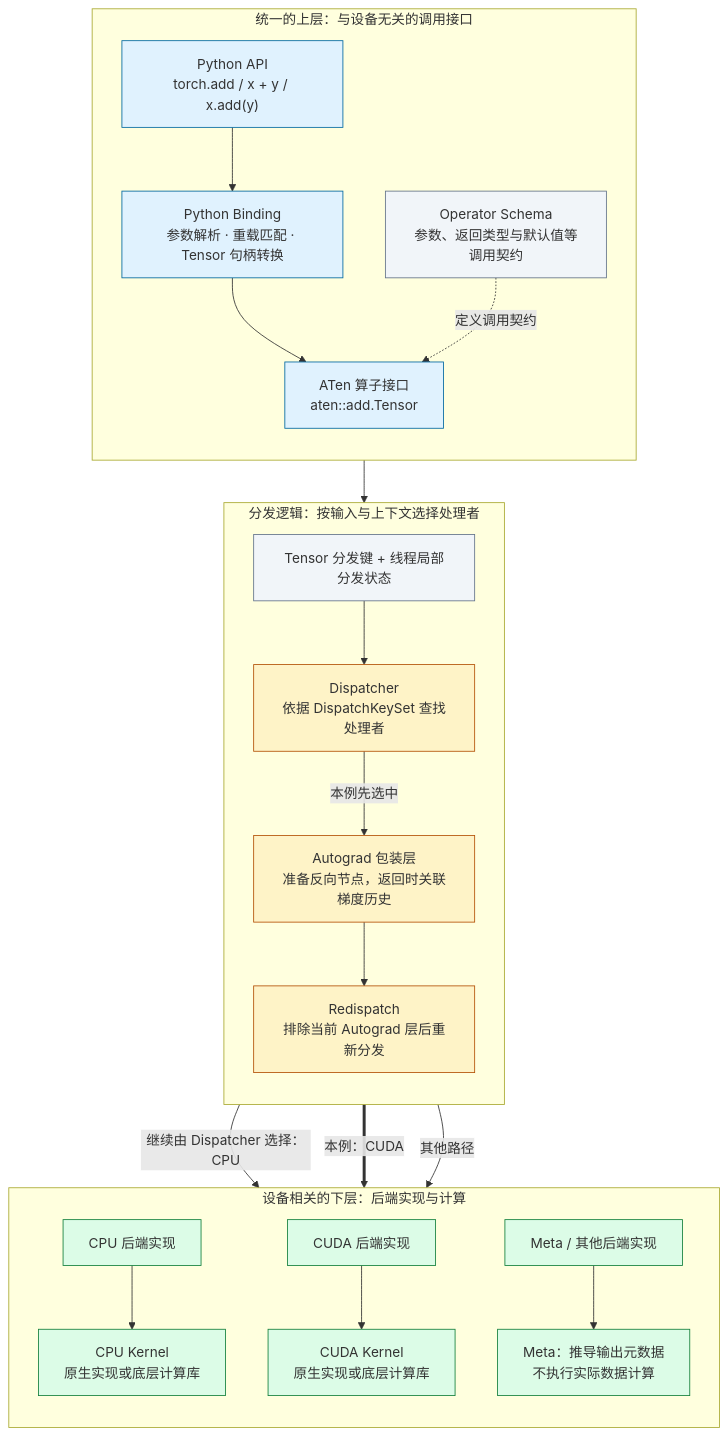
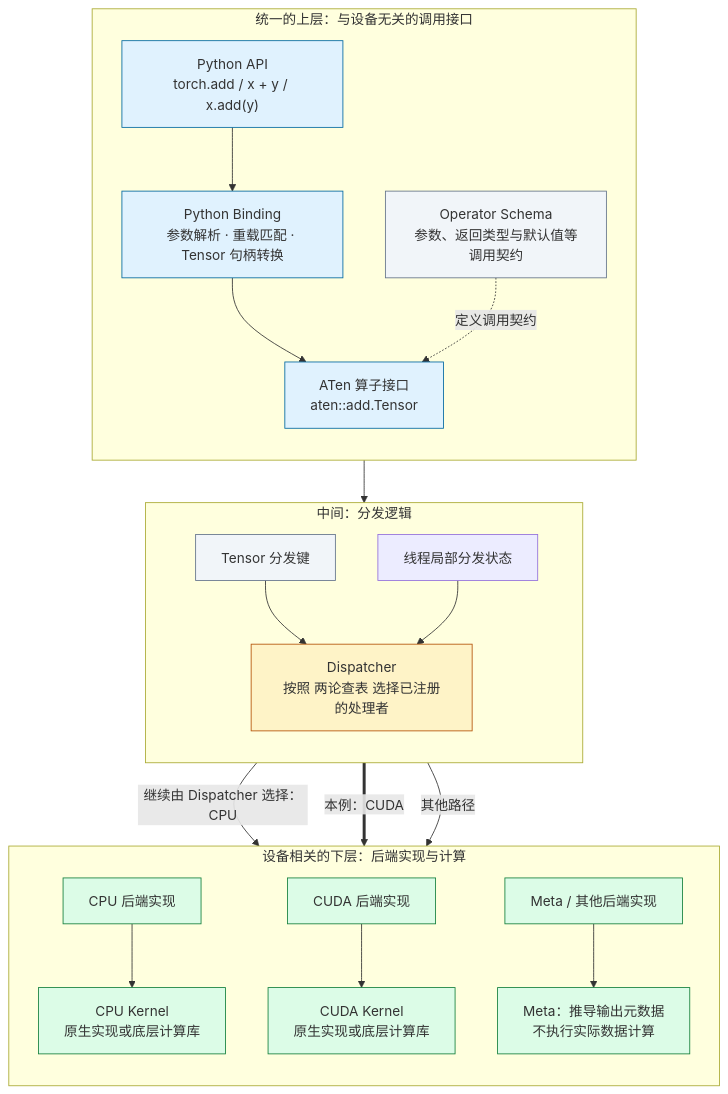
The second of 5 diagrams in _posts/2026-02-17-pytorch-overall-introduction.md (arganzheng/arganzheng.github.com), drawn with Mermaid before and after one commit. The commit also changed other lines of this file, not shown here.

First line of the commit message:
优化第二章地图的Mermaid图

````diff
--- a/_posts/2026-02-17-pytorch-overall-introduction.md
+++ b/_posts/2026-02-17-pytorch-overall-introduction.md
@@ -723,55 +723,53 @@
 ```mermaid
 flowchart TB
     subgraph UP["统一的上层：与设备无关的调用接口"]
         direction TB
         A["Python API<br/>torch.add / x + y / x.add(y)"]
         B["Python Binding<br/>参数解析 · 重载匹配 · Tensor 句柄转换"]
         C["ATen 算子接口<br/>aten::add.Tensor"]
         S["Operator Schema<br/>参数、返回类型与默认值等调用契约"]
 
         A --> B --> C
         S -.->|定义调用契约| C
     end
 
-    subgraph MID["分发逻辑：按输入与上下文选择处理者"]
+    subgraph MID["中间：分发逻辑"]
         direction TB
-        K["Tensor 分发键 + 线程局部分发状态"]
-        D["Dispatcher<br/>依据 DispatchKeySet 查找处理者"]
-        AG["Autograd 包装层<br/>准备反向节点，返回时关联梯度历史"]
-        R["Redispatch<br/>排除当前 Autograd 层后重新分发"]
+        K["Tensor 分发键"]
+        T["线程局部分发状态"]
+        D["Dispatcher<br/>按照 两论查表 选择已注册的处理者"]
 
         K --> D
-        D -->|本例先选中| AG
-        AG --> R
+        T --> D
     end
 
     subgraph LOW["设备相关的下层：后端实现与计算"]
         direction TB
         CPU["CPU 后端实现"]
         CUDA["CUDA 后端实现"]
         META["Meta / 其他后端实现"]
 
         CK["CPU Kernel<br/>原生实现或底层计算库"]
         GK["CUDA Kernel<br/>原生实现或底层计算库"]
         MK["Meta：推导输出元数据<br/>不执行实际数据计算"]
 
         CPU --> CK
         CUDA --> GK
         META --> MK
     end
 
     C --> D
-    R -->|继续由 Dispatcher 选择：CPU| CPU
-    R ==>|本例：CUDA| CUDA
-    R -->|其他路径| META
+    D -->|继续由 Dispatcher 选择：CPU| CPU
+    D ==>|本例：CUDA| CUDA
+    D -->|其他路径| META
 
     classDef api fill:#e0f2fe,stroke:#0369a1;
     classDef contract fill:#f1f5f9,stroke:#64748b;
     classDef dispatch fill:#fef3c7,stroke:#b45309;
     classDef compute fill:#dcfce7,stroke:#15803d;
 
     class A,B,C api;
     class S,K contract;
-    class D,AG,R dispatch;
+    class D, dispatch;
     class CPU,CUDA,META,CK,GK,MK compute;
 ```
````
